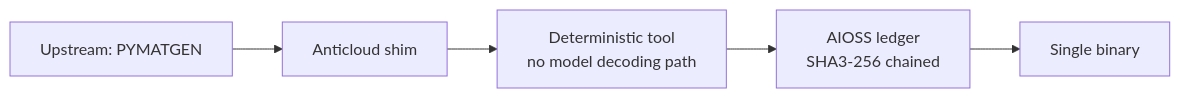
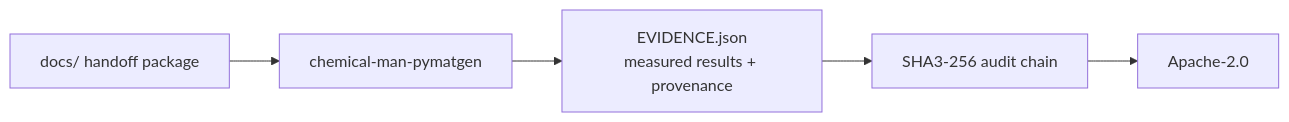
Before and after one commit to the-anticloud/chemical-man-pymatgen: the diagram in README.md, drawn with Mermaid. The commit also changed other lines of this file and 8 other files, not shown here.

````diff
--- a/README.md
+++ b/README.md
@@ -11,7 +22,7 @@
 ```mermaid
 graph LR
-    U[Upstream: PYMATGEN] --> S[Anticloud shim]
-    S --> T[Deterministic tool<br/>no model decoding path]
-    T --> A[AIOSS ledger<br/>SHA3-256 chained]
-    A --> B[Single binary]
+    D[docs/ handoff package] --> R[chemical-man-pymatgen]
+    R --> E[EVIDENCE.json\nmeasured results + provenance]
+    E --> A[SHA3-256 audit chain]
+    A --> L[Apache-2.0]
 ```
````
